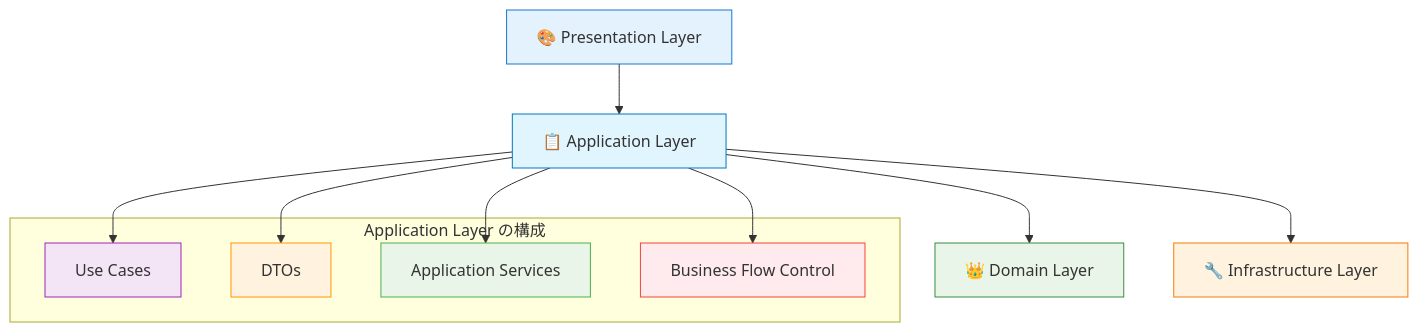
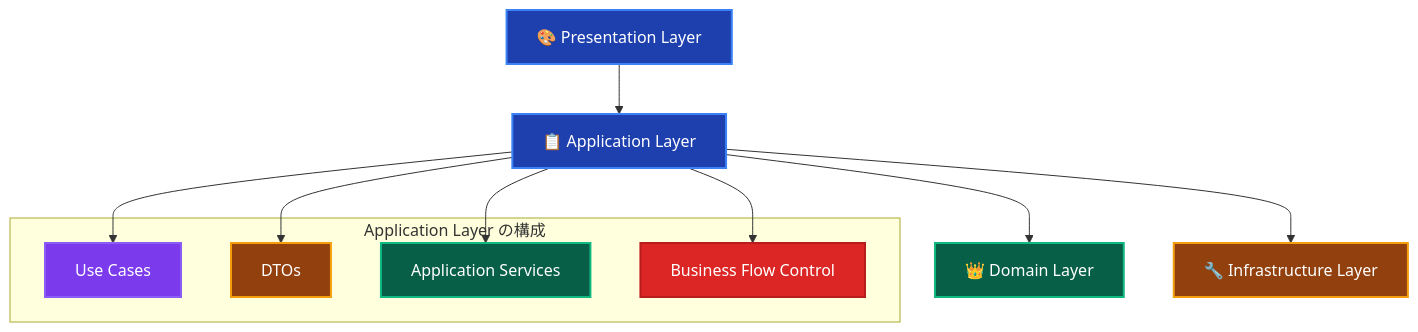
One commit to derushio/d-next-ddd-example changed the first of 5 diagrams in _DOCS/guides/ddd/layers/application/application.md. Above: the diagram before and after it, drawn with Mermaid. The commit also changed other lines of this file and 31 other files, not shown here.

Commit message:
🎨: DOCSのMermaid図表カラーテーマを暗色に統一し視認性を向上

````diff
--- a/_DOCS/guides/ddd/layers/application/application.md
+++ b/_DOCS/guides/ddd/layers/application/application.md
@@ -13,27 +13,27 @@
 ```mermaid
 graph TD
     PRES[🎨 Presentation Layer] --> APP[📋 Application Layer]
     APP --> DOMAIN[👑 Domain Layer]
     APP --> INFRA[🔧 Infrastructure Layer]
     
     subgraph "Application Layer の構成"
         UC[Use Cases]
         DTO[DTOs]
         SERVICE[Application Services]
         FLOW[Business Flow Control]
     end
     
     APP --> UC
     APP --> DTO
     APP --> SERVICE
     APP --> FLOW
     
-    style PRES fill:#e3f2fd,stroke:#1976d2
-    style APP fill:#e1f5fe,stroke:#0277bd
-    style DOMAIN fill:#e8f5e8,stroke:#388e3c
-    style INFRA fill:#fff3e0,stroke:#f57c00
-    style UC fill:#f3e5f5,stroke:#9c27b0
-    style DTO fill:#fff3e0,stroke:#ff9800
-    style SERVICE fill:#e8f5e8,stroke:#4caf50
-    style FLOW fill:#ffebee,stroke:#f44336
+    style PRES fill:#1e40af,stroke:#3b82f6,stroke-width:2px,color:#ffffff
+    style APP fill:#1e40af,stroke:#3b82f6,stroke-width:2px,color:#ffffff
+    style DOMAIN fill:#065f46,stroke:#10b981,stroke-width:2px,color:#ffffff
+    style INFRA fill:#92400e,stroke:#f59e0b,stroke-width:2px,color:#ffffff
+    style UC fill:#7c3aed,stroke:#8b5cf6,stroke-width:2px,color:#ffffff
+    style DTO fill:#92400e,stroke:#f59e0b,stroke-width:2px,color:#ffffff
+    style SERVICE fill:#065f46,stroke:#10b981,stroke-width:2px,color:#ffffff
+    style FLOW fill:#dc2626,stroke:#b91c1c,stroke-width:2px,color:#ffffff
 ```
````
